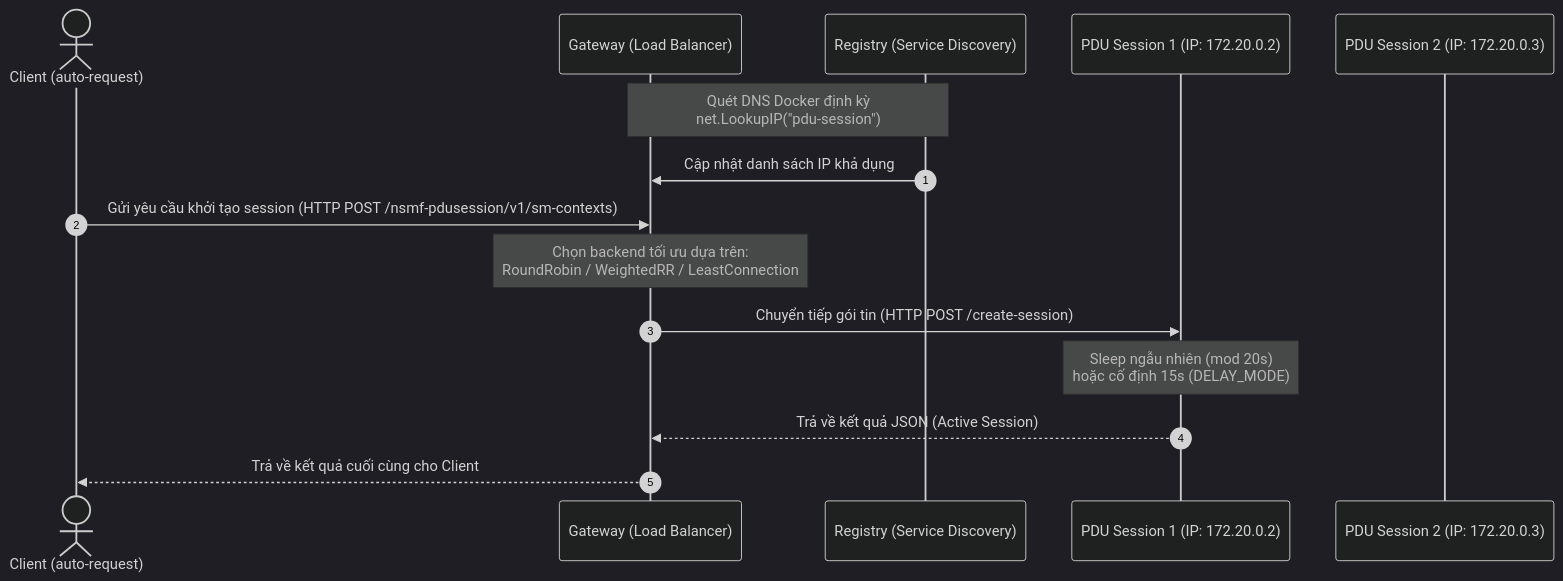
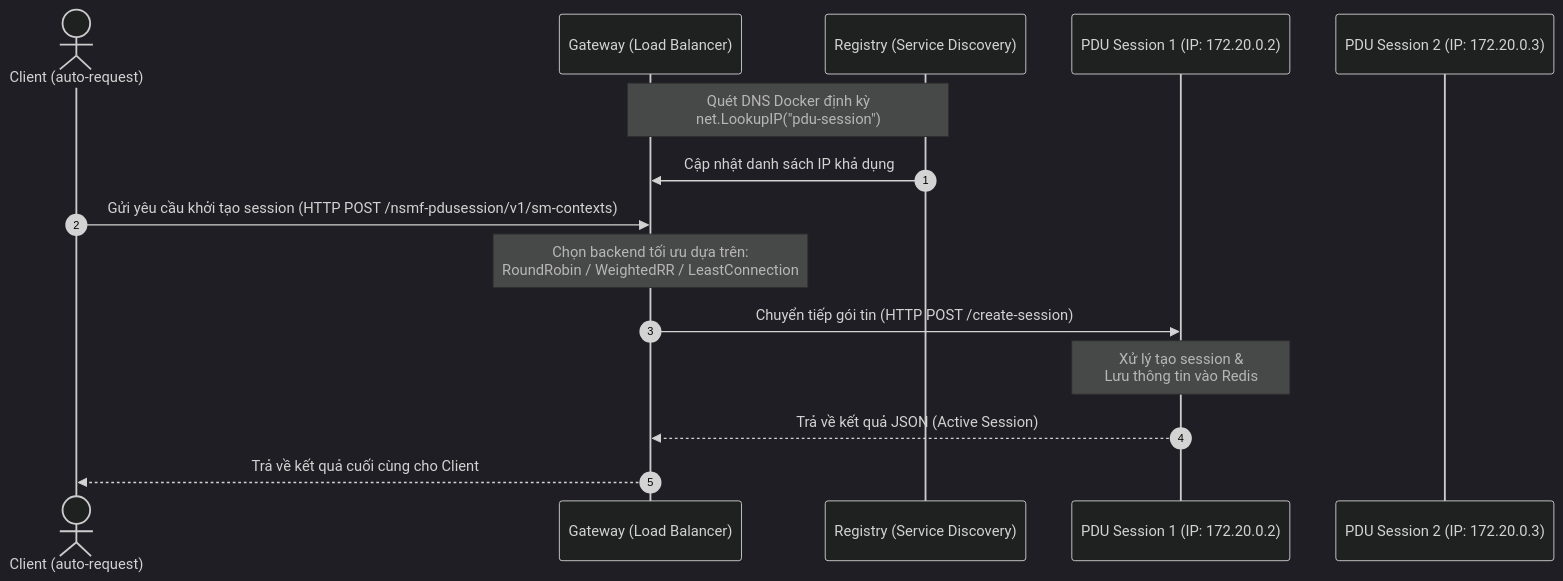
Before and after one commit to KILIAN0802/5G-Mini-Project-Gateway-Routing: the diagram in README.md, drawn with Mermaid (dark theme). The commit also changed other lines of this file, not shown here.

````diff
--- a/README.md
+++ b/README.md
@@ -12,22 +12,22 @@
 ```mermaid
 sequenceDiagram
     autonumber
     actor Client as Client (auto-request)
     participant GW as Gateway (Load Balancer)
     participant Registry as Registry (Service Discovery)
     participant PDU1 as PDU Session 1 (IP: 172.20.0.2)
     participant PDU2 as PDU Session 2 (IP: 172.20.0.3)
 
     Note over GW, Registry: Quét DNS Docker định kỳ<br/>net.LookupIP("pdu-session")
     Registry->>GW: Cập nhật danh sách IP khả dụng
 
     Client->>GW: Gửi yêu cầu khởi tạo session (HTTP POST /nsmf-pdusession/v1/sm-contexts)
     
     Note over GW: Chọn backend tối ưu dựa trên:<br/>RoundRobin / WeightedRR / LeastConnection
     
     GW->>PDU1: Chuyển tiếp gói tin (HTTP POST /create-session)
-    Note over PDU1: Sleep ngẫu nhiên (mod 20s)<br/>hoặc cố định 15s (DELAY_MODE)
+    Note over PDU1: Xử lý tạo session &<br/>Lưu thông tin vào Redis
     
     PDU1-->>GW: Trả về kết quả JSON (Active Session)
     GW-->>Client: Trả về kết quả cuối cùng cho Client
 ```
````
